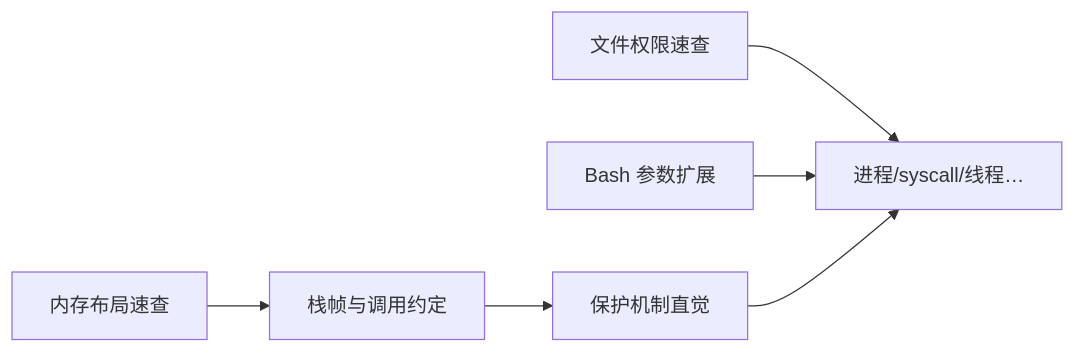
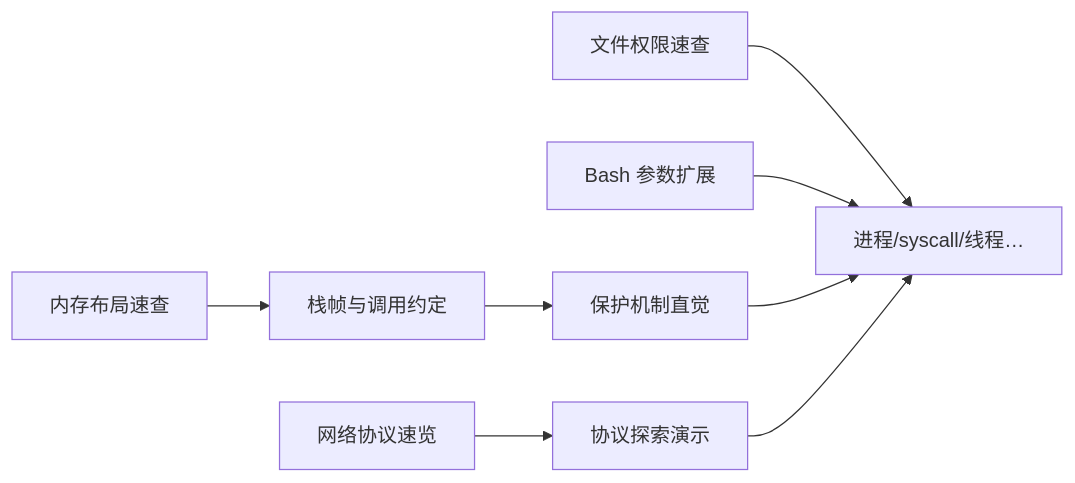
One commit to yushun-feng/anonymous-fys changed the diagram in notes/linux/00-roadmap.md. Above: the diagram before and after it, drawn with Mermaid. The commit also changed other lines of this file and 6 other files, not shown here.

````diff
--- a/notes/linux/00-roadmap.md
+++ b/notes/linux/00-roadmap.md
@@ -17,8 +17,10 @@
 ```mermaid
 flowchart LR
   M[内存布局速查] --> S[栈帧与调用约定]
   S --> P[保护机制直觉]
   Perm[文件权限速查] --> Later
   Bash[Bash 参数扩展] --> Later
+  Net[网络协议速览] --> Proto[协议探索演示]
   P --> Later[进程/syscall/线程…]
+  Proto --> Later
 ```
````
